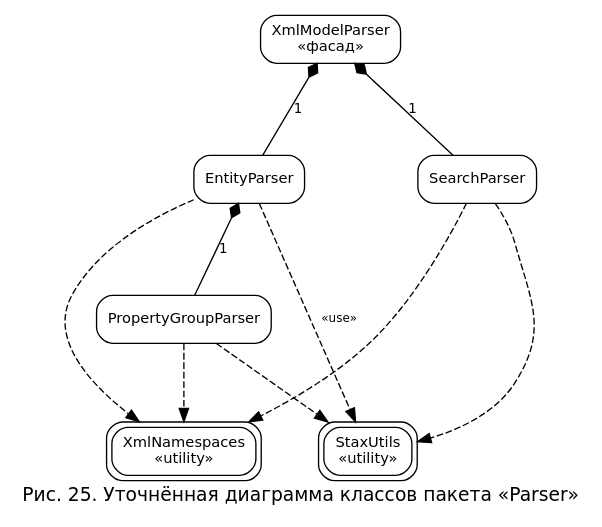
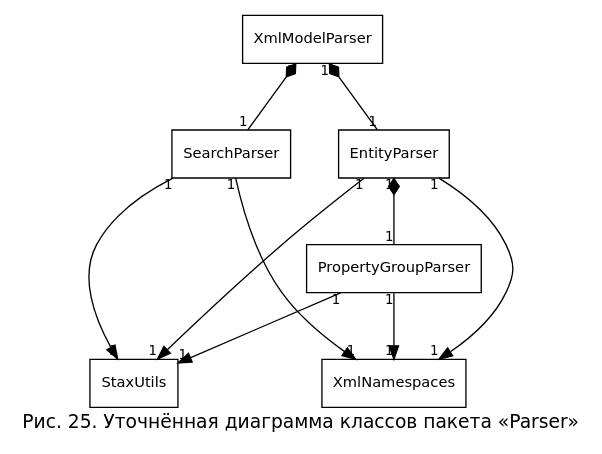
One commit to nastolbov/AutoTestGeneratorUpdate changed the diagram in diagrams/cls_parser_refined.dot. Above: the diagram before and after it, drawn with Graphviz. The commit also changed 45 other files, not shown here.

```diff
--- a/diagrams/cls_parser_refined.dot
+++ b/diagrams/cls_parser_refined.dot
@@ -1,30 +1,29 @@
-digraph Parser {
+digraph PR {
     rankdir=TB; fontname="DejaVu Sans"; fontsize=14;
     label="Рис. 25. Уточнённая диаграмма классов пакета «Parser»"; labelloc=b;
-    nodesep=0.5; ranksep=0.8;
-    node [fontname="DejaVu Sans", fontsize=11, shape=box, style="rounded,filled", fillcolor=white];
+    nodesep=0.5; ranksep=0.7;
+    node [fontname="DejaVu Sans", fontsize=11, shape=box, style=filled, fillcolor=white];
     edge [color=black, fontname="DejaVu Sans", fontsize=10];
 
-    XmlModelParser      [label="XmlModelParser\n«фасад»"];
-    EntityParser        [label="EntityParser"];
-    PropertyGroupParser [label="PropertyGroupParser"];
-    SearchParser        [label="SearchParser"];
-    StaxUtils           [peripheries=2, label="StaxUtils\n«utility»"];
-    XmlNamespaces       [peripheries=2, label="XmlNamespaces\n«utility»"];
+    XMP [label="XmlModelParser"];
+    EP  [label="EntityParser"];
+    PGP [label="PropertyGroupParser"];
+    SP  [label="SearchParser"];
+    SU  [label="StaxUtils"];
+    XN  [label="XmlNamespaces"];
 
-    XmlModelParser -> EntityParser        [arrowtail=diamond, dir=back, label="1"];
-    XmlModelParser -> SearchParser        [arrowtail=diamond, dir=back, label="1"];
-    EntityParser   -> PropertyGroupParser [arrowtail=diamond, dir=back, label="1"];
+    XMP -> EP  [arrowtail=diamond, dir=back, taillabel="1", headlabel="1"];
+    XMP -> SP  [arrowtail=diamond, dir=back, taillabel="1", headlabel="1"];
+    EP  -> PGP [arrowtail=diamond, dir=back, taillabel="1", headlabel="1"];
+    EP  -> SU  [taillabel="1", headlabel="1"];
+    PGP -> SU  [taillabel="1", headlabel="1"];
+    SP  -> SU  [taillabel="1", headlabel="1"];
+    EP  -> XN  [taillabel="1", headlabel="1"];
+    PGP -> XN  [taillabel="1", headlabel="1"];
+    SP  -> XN  [taillabel="1", headlabel="1"];
 
-    EntityParser        -> StaxUtils     [style=dashed, label="«use»", fontsize=9];
-    PropertyGroupParser -> StaxUtils     [style=dashed];
-    SearchParser        -> StaxUtils     [style=dashed];
-    EntityParser        -> XmlNamespaces [style=dashed];
-    PropertyGroupParser -> XmlNamespaces [style=dashed];
-    SearchParser        -> XmlNamespaces [style=dashed];
-
-    { rank=same; XmlModelParser; }
-    { rank=same; EntityParser; SearchParser; }
-    { rank=same; PropertyGroupParser; }
-    { rank=same; StaxUtils; XmlNamespaces; }
+    { rank=same; XMP; }
+    { rank=same; EP; SP; }
+    { rank=same; PGP; }
+    { rank=same; SU; XN; }
 }
```
